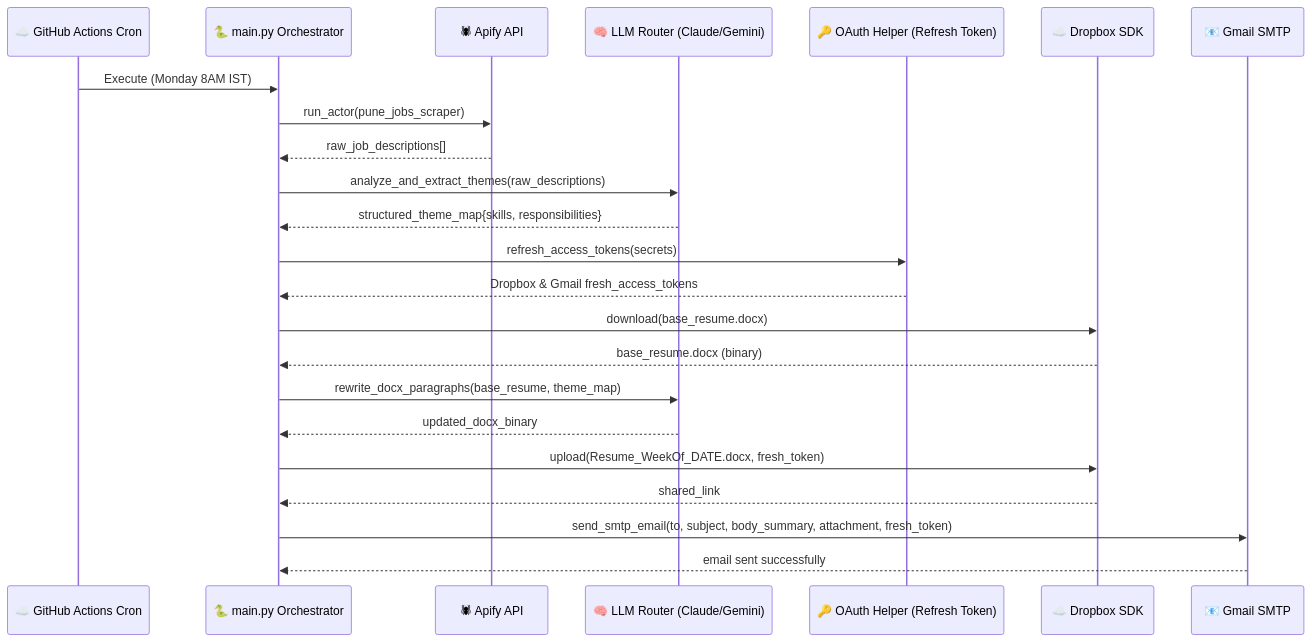
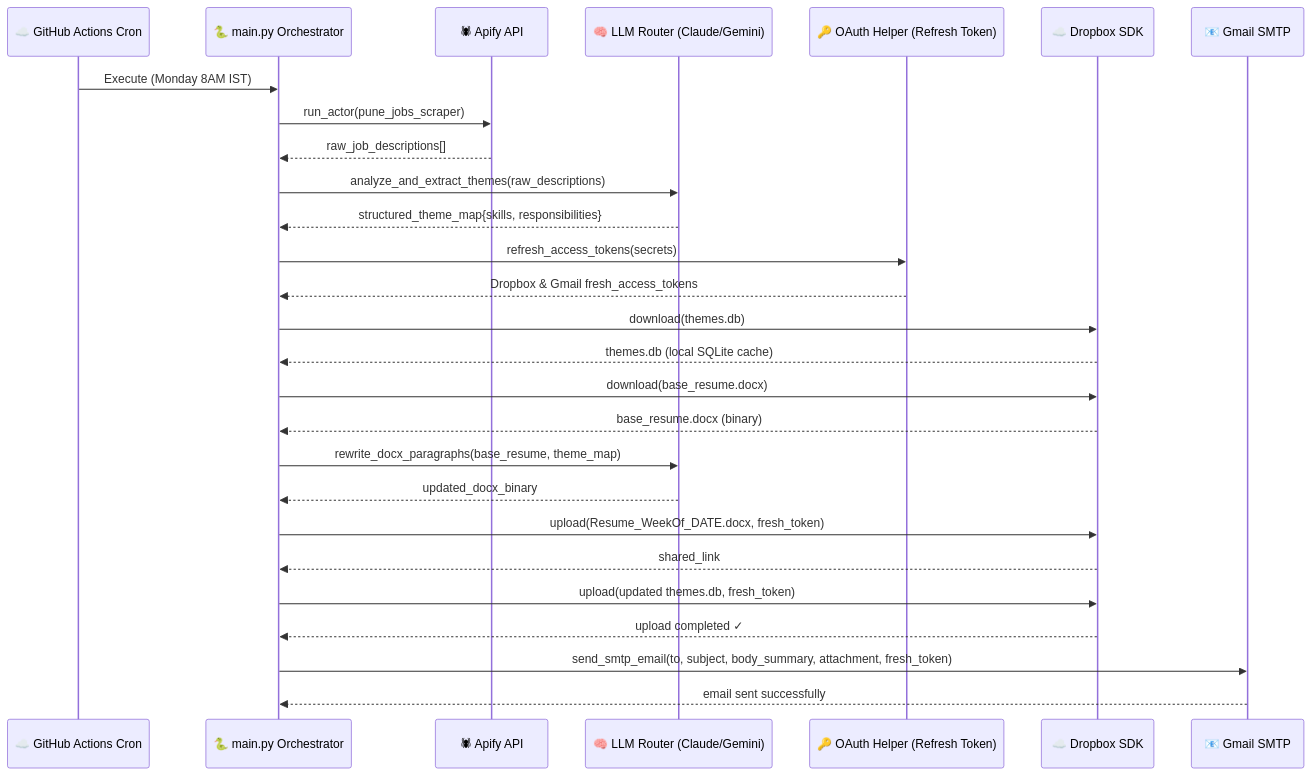
The fourth of 5 diagrams in ARCHITECTURE_HYBRID.md (mayukhg/mg-ai-job-scanner), drawn with Mermaid before and after one commit. The commit also changed 1 other file, not shown here.

Commit message:
docs: integrate Dropbox round-trip SQLite sync strategy into Option 3 Hybrid docs

````diff
--- a/ARCHITECTURE_HYBRID.md
+++ b/ARCHITECTURE_HYBRID.md
@@ -96,33 +96,39 @@
 ```mermaid
 sequenceDiagram
     participant GHA as ☁️ GitHub Actions Cron
     participant PY as 🐍 main.py Orchestrator
     participant AP as 🕷 Apify API
     participant LL as 🧠 LLM Router (Claude/Gemini)
     participant OATH as 🔑 OAuth Helper (Refresh Token)
     participant DB as ☁️ Dropbox SDK
     participant GM as 📧 Gmail SMTP
 
     GHA->>PY: Execute (Monday 8AM IST)
     
     PY->>AP: run_actor(pune_jobs_scraper)
     AP-->>PY: raw_job_descriptions[]
 
     PY->>LL: analyze_and_extract_themes(raw_descriptions)
     LL-->>PY: structured_theme_map{skills, responsibilities}
 
     PY->>OATH: refresh_access_tokens(secrets)
     OATH-->>PY: Dropbox & Gmail fresh_access_tokens
 
+    PY->>DB: download(themes.db)
+    DB-->>PY: themes.db (local SQLite cache)
+
     PY->>DB: download(base_resume.docx)
     DB-->>PY: base_resume.docx (binary)
 
     PY->>LL: rewrite_docx_paragraphs(base_resume, theme_map)
     LL-->>PY: updated_docx_binary
 
     PY->>DB: upload(Resume_WeekOf_DATE.docx, fresh_token)
     DB-->>PY: shared_link
 
+    PY->>DB: upload(updated themes.db, fresh_token)
+    DB-->>PY: upload completed ✓
+
     PY->>GM: send_smtp_email(to, subject, body_summary, attachment, fresh_token)
     GM-->>PY: email sent successfully
 ```
````
